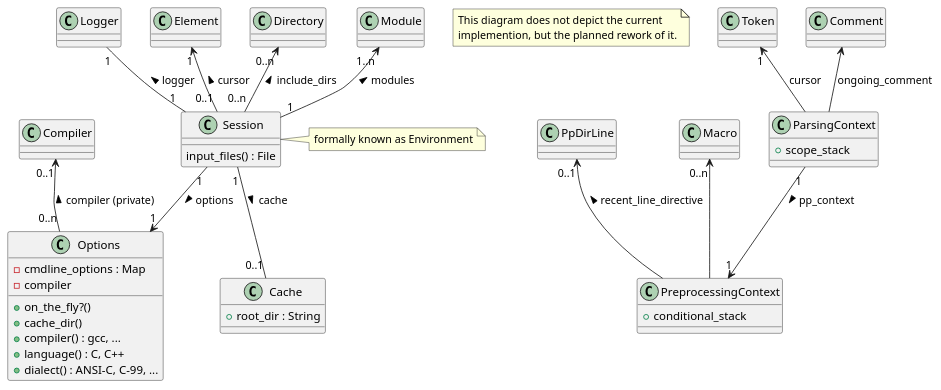
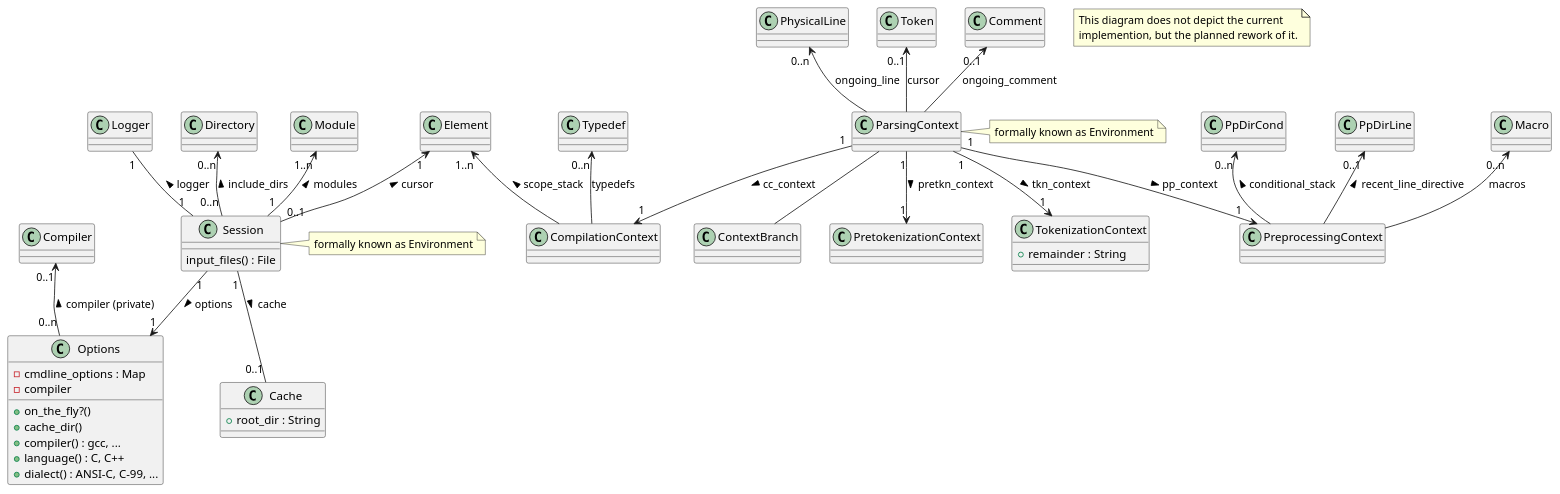
The diagram in design/operational.puml (thilo-fischer/rocc), drawn with PlantUML before and after one commit. The commit also changed 2 other files, not shown here.

```diff
--- a/design/operational.puml
+++ b/design/operational.puml
@@ -1,59 +1,87 @@
 @startuml
 
 ' Copyright (C) 2014-2015  Thilo Fischer.
 ' Free for non-commercial and most commercial use. See LICENSE.txt for details.
 
 note as N1
   This diagram does not depict the current
   implemention, but the planned rework of it.
 end note
 
 class Session {
   ' All the main_files of the translation units that make up the modules
   input_files() : File
 }
 note right: formally known as Environment
 Logger "1" -- "1" Session : logger <
 ' From the Elements UML diagram
 Element "1" <-- "0..1" Session : cursor <
 Directory "0..n" <-- "0..n" Session : include_dirs <
 Module "1..n" <-- "1" Session : modules <
 
 class Options {
   + on_the_fly?()
   ' path to the cache directory, Session will create its cache from this
   + cache_dir()
   ' emulate a certain compilers command line argument processing (and possibly other behaviour)
   + compiler() : gcc, ...
   + language() : C, C++
   + dialect() : ANSI-C, C-99, ...
   - cmdline_options : Map
   - compiler
 }
 Session "1" --> "1" Options : options >
 Compiler "0..1" <-- "0..n" Options : compiler (private) <
 
 class Cache {
   + root_dir : String
 }
 ' No cache only for on-the-fly invokations
 Session "1" -- "0..1" Cache : cache >
 
 
 
 class ParsingContext {
-  ' Which namespace, class, function, compound statement, ...
-  + scope_stack
+
 }
-Token "1" <-- ParsingContext : cursor
-Comment <-- ParsingContext : ongoing_comment
+note right: formally known as Environment
+
+class ContextBranch {
+}
+ParsingContext -- ContextBranch
+
+class PretokenizationContext {
+}
+ParsingContext "1" --> "1" PretokenizationContext : pretkn_context >
+PhysicalLine "0..n" <-- ParsingContext : ongoing_line
+
+class TokenizationContext {
+  ' remaining charactres of current line to tokenize
+  + remainder : String
+}
+ParsingContext "1" --> "1" TokenizationContext : tkn_context >
+' most recently generated token, shold be 0 only at the very beginning of translation unit
+Token "0..1" <-- ParsingContext : cursor
+' Refers to a comment if the comment's beginning has already been parsed, but the comment's ending has not yet been found (e.g. block comments that span several lines)
+Comment "0..1" <-- ParsingContext : ongoing_comment
 
 class PreprocessingContext {
-  + conditional_stack
 }
 ParsingContext "1" --> "1" PreprocessingContext : pp_context >
+' map from macro identifiers to their definitions
+Macro "0..n" <-- PreprocessingContext : macros
+' array of all preprocessing conditional branches chosen
+PpDirCond "0..n" <-- PreprocessingContext : conditional_stack <
+' most recent preprocessor line directive
 PpDirLine "0..1" <-- PreprocessingContext : recent_line_directive <
-Macro "0..n" <-- PreprocessingContext
+
+class CompilationContext {
+}
+ParsingContext "1" --> "1" CompilationContext : cc_context >
+' Which namespace, class, function, compound statement, etc. are we in at the current position in source code (formally known as expansion_stack)
+Element "1..n" <-- CompilationContext : scope_stack <
+' map from type identifiers to their definitions
+Typedef "0..n" <-- CompilationContext : typedefs
 
 
 @enduml
```
